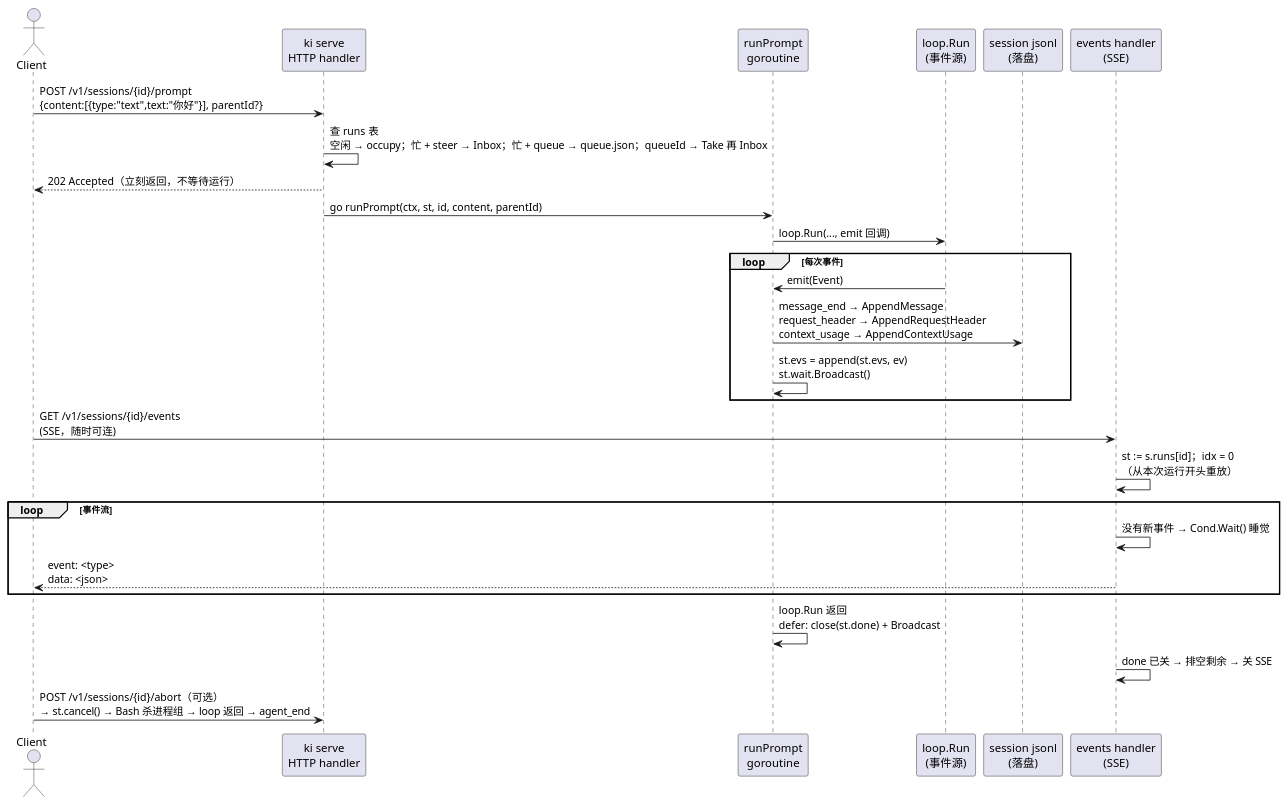
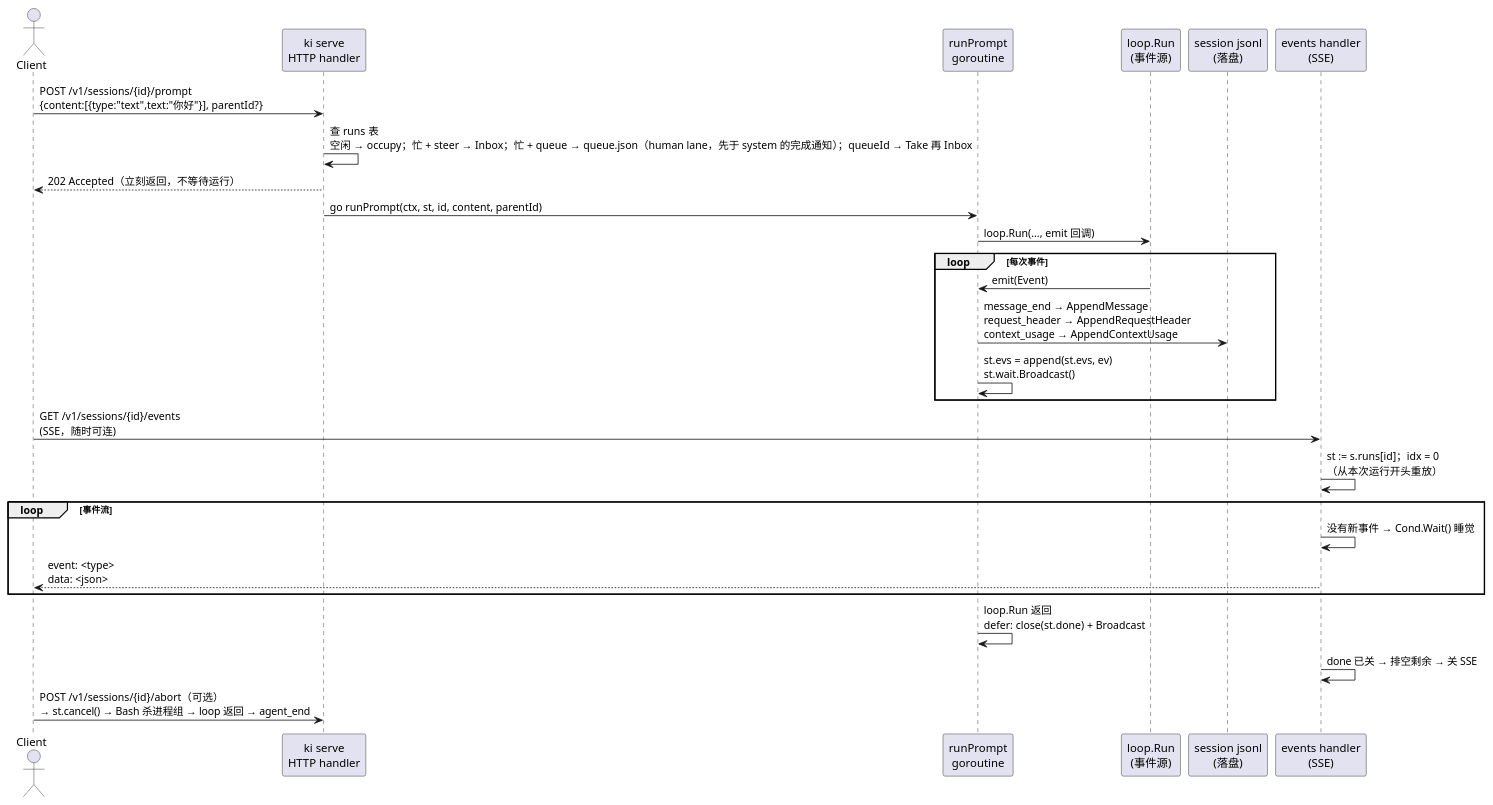
The first of 2 diagrams in docs/architecture.md (skyw8/ki), drawn with PlantUML before and after one commit. The commit also changed other lines of this file and 19 other files, not shown here.

````diff
--- a/docs/architecture.md
+++ b/docs/architecture.md
@@ -114,34 +114,34 @@
 ```plantuml
 @startuml
 actor Client as C
 participant "ki serve\nHTTP handler" as S
 participant "runPrompt\ngoroutine" as R
 participant "loop.Run\n(事件源)" as L
 participant "session jsonl\n(落盘)" as F
 participant "events handler\n(SSE)" as E
 
 C -> S : POST /v1/sessions/{id}/prompt\n{content:[{type:"text",text:"你好"}], parentId?}
-S -> S : 查 runs 表\n空闲 → occupy；忙 + steer → Inbox；忙 + queue → queue.json；queueId → Take 再 Inbox
+S -> S : 查 runs 表\n空闲 → occupy；忙 + steer → Inbox；忙 + queue → queue.json（human lane，先于 system 的完成通知）；queueId → Take 再 Inbox
 S --> C : 202 Accepted（立刻返回，不等待运行）
 S -> R : go runPrompt(ctx, st, id, content, parentId)
 
 R -> L : loop.Run(..., emit 回调)
 loop 每次事件
   L -> R : emit(Event)
   R -> F : message_end → AppendMessage\nrequest_header → AppendRequestHeader\ncontext_usage → AppendContextUsage
   R -> R : st.evs = append(st.evs, ev)\nst.wait.Broadcast()
 end
 
 C -> E : GET /v1/sessions/{id}/events\n(SSE，随时可连)
 E -> E : st := s.runs[id]；idx = 0\n（从本次运行开头重放）
 loop 事件流
   E -> E : 没有新事件 → Cond.Wait() 睡觉
   E --> C : event: <type>\ndata: <json>
 end
 
 R -> R : loop.Run 返回\ndefer: close(st.done) + Broadcast
 E -> E : done 已关 → 排空剩余 → 关 SSE
 
 C -> S : POST /v1/sessions/{id}/abort（可选）\n→ st.cancel() → Bash 杀进程组 → loop 返回 → agent_end
 @enduml
 ```
````
